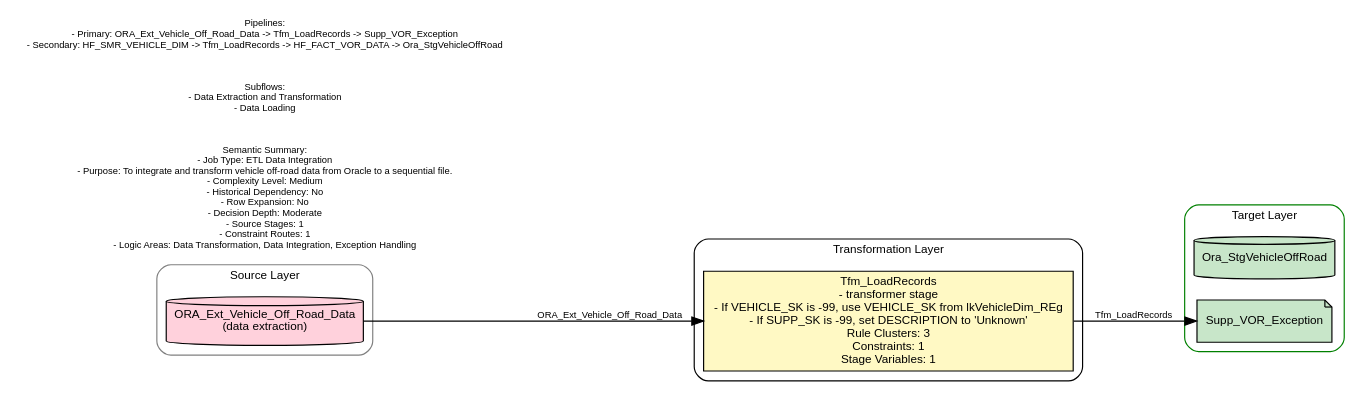
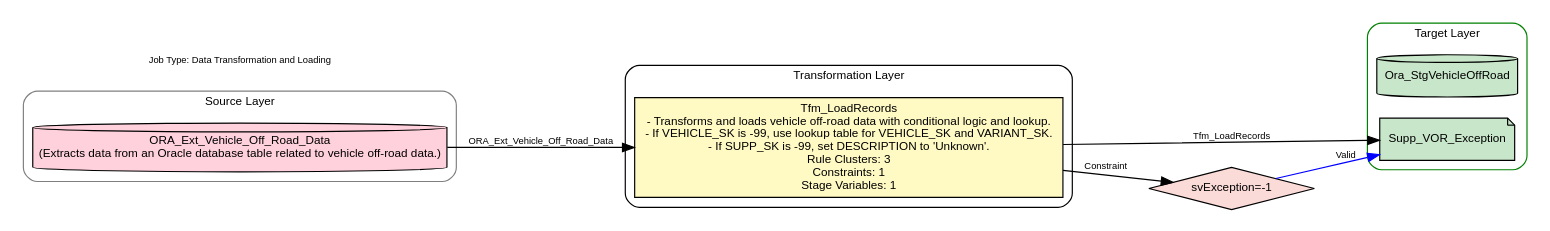
One commit to sr606/DataModeller changed the diagram in Sample_Job1_1_2_detailed_pseudocode_high_level.dot. Above: the diagram before and after it, drawn with Graphviz. The commit also changed 1 other file, not shown here.

```diff
--- a/Sample_Job1_1_2_detailed_pseudocode_high_level.dot
+++ b/Sample_Job1_1_2_detailed_pseudocode_high_level.dot
@@ -1,34 +1,35 @@
 digraph Sample_Job1_1_2_detailed_pseudocode {
 rankdir=LR;
 fontsize=10;
 fontname="Arial";
 node [fontname="Arial", fontsize=10, style=filled];
 edge [fontname="Arial", fontsize=8];
 
 subgraph cluster_source {
 label="Source Layer";
 style=rounded;
 color=grey;
-ORA_Ext_Vehicle_Off_Road_Data [label="ORA_Ext_Vehicle_Off_Road_Data\n(data extraction)", shape=cylinder, fillcolor="#FFD1DC"];
+ORA_Ext_Vehicle_Off_Road_Data [label="ORA_Ext_Vehicle_Off_Road_Data\n(Extracts data from an Oracle database table related to vehicle off-road data.)", shape=cylinder, fillcolor="#FFD1DC"];
 }
 
 subgraph cluster_processing {
 label="Transformation Layer";
 style=rounded;
 color=black;
-Tfm_LoadRecords [label="Tfm_LoadRecords\n- transformer stage\n- If VEHICLE_SK is -99, use VEHICLE_SK from lkVehicleDim_REg\n- If SUPP_SK is -99, set DESCRIPTION to 'Unknown'\nRule Clusters: 3\nConstraints: 1\nStage Variables: 1", shape=box, fillcolor="#FFF9C4"];
+Tfm_LoadRecords [label="Tfm_LoadRecords\n- Transforms and loads vehicle off-road data with conditional logic and lookup.\n- If VEHICLE_SK is -99, use lookup table for VEHICLE_SK and VARIANT_SK.\n- If SUPP_SK is -99, set DESCRIPTION to 'Unknown'.\nRule Clusters: 3\nConstraints: 1\nStage Variables: 1", shape=box, fillcolor="#FFF9C4"];
 }
 
 subgraph cluster_target {
 label="Target Layer";
 style=rounded;
 color=green;
 Ora_StgVehicleOffRoad [label="Ora_StgVehicleOffRoad", shape=cylinder, fillcolor="#C8E6C9"];
 Supp_VOR_Exception [label="Supp_VOR_Exception", shape=note, fillcolor="#C8E6C9"];
 }
 ORA_Ext_Vehicle_Off_Road_Data -> Tfm_LoadRecords [label="ORA_Ext_Vehicle_Off_Road_Data"];
 Tfm_LoadRecords -> Supp_VOR_Exception [label="Tfm_LoadRecords"];
-Note1 [shape=plaintext, label="Semantic Summary:\n- Job Type: ETL Data Integration\n- Purpose: To integrate and transform vehicle off-road data from Oracle to a sequential file.\n- Complexity Level: Medium\n- Historical Dependency: No\n- Row Expansion: No\n- Decision Depth: Moderate\n- Source Stages: 1\n- Constraint Routes: 1\n- Logic Areas: Data Transformation, Data Integration, Exception Handling", fontsize=8, fillcolor="white"];
-Note2 [shape=plaintext, label="Subflows:\n- Data Extraction and Transformation\n- Data Loading", fontsize=8, fillcolor="white"];
-Note3 [shape=plaintext, label="Pipelines:\n- Primary: ORA_Ext_Vehicle_Off_Road_Data -> Tfm_LoadRecords -> Supp_VOR_Exception\n- Secondary: HF_SMR_VEHICLE_DIM -> Tfm_LoadRecords -> HF_FACT_VOR_DATA -> Ora_StgVehicleOffRoad", fontsize=8, fillcolor="white"];
+Tfm_LoadRecords_decision_1 [shape=diamond, label="svException=-1", fillcolor="#FADBD8"];
+Tfm_LoadRecords -> Tfm_LoadRecords_decision_1 [label="Constraint"];
+Tfm_LoadRecords_decision_1 -> Supp_VOR_Exception [label="Valid", color=blue];
+Note1 [shape=plaintext, label="Job Type: Data Transformation and Loading", fontsize=8, fillcolor="white"];
 }
```
